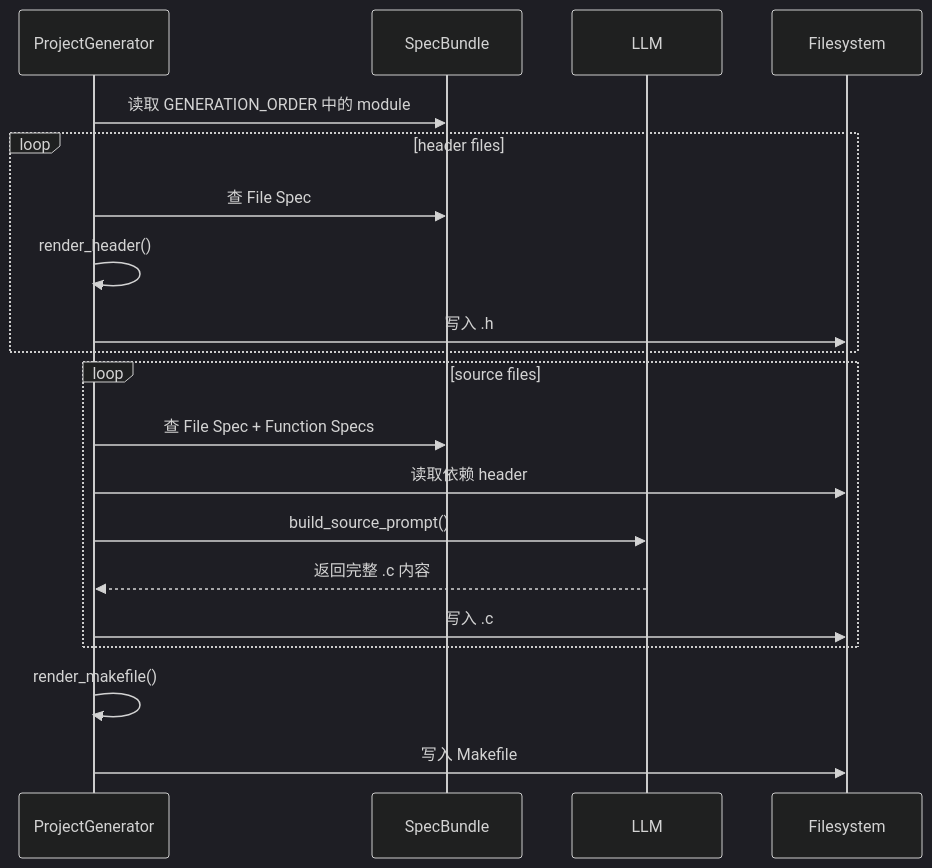
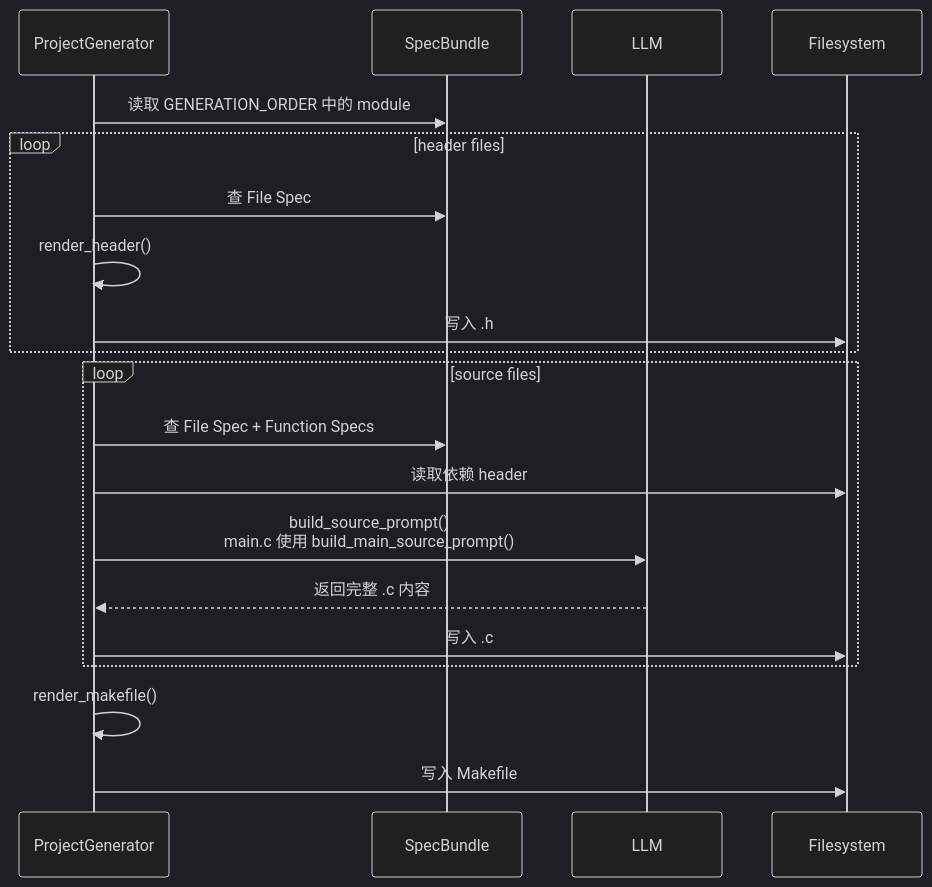
One commit to Assassin187/SpecForge changed the third of 3 diagrams in agent/coder/README.md. Above: the diagram before and after it, drawn with Mermaid (dark theme). The commit also changed other lines of this file and 207 other files, not shown here.

````diff
--- a/agent/coder/README.md
+++ b/agent/coder/README.md
@@ -97,23 +109,23 @@
 ```mermaid
 sequenceDiagram
     participant G as ProjectGenerator
     participant S as SpecBundle
     participant L as LLM
     participant FS as Filesystem
 
     G->>S: 读取 GENERATION_ORDER 中的 module
     loop header files
         G->>S: 查 File Spec
         G->>G: render_header()
         G->>FS: 写入 .h
     end
     loop source files
         G->>S: 查 File Spec + Function Specs
         G->>FS: 读取依赖 header
-        G->>L: build_source_prompt()
+        G->>L: build_source_prompt()<br/>main.c 使用 build_main_source_prompt()
         L-->>G: 返回完整 .c 内容
         G->>FS: 写入 .c
     end
     G->>G: render_makefile()
     G->>FS: 写入 Makefile
 ```
````
